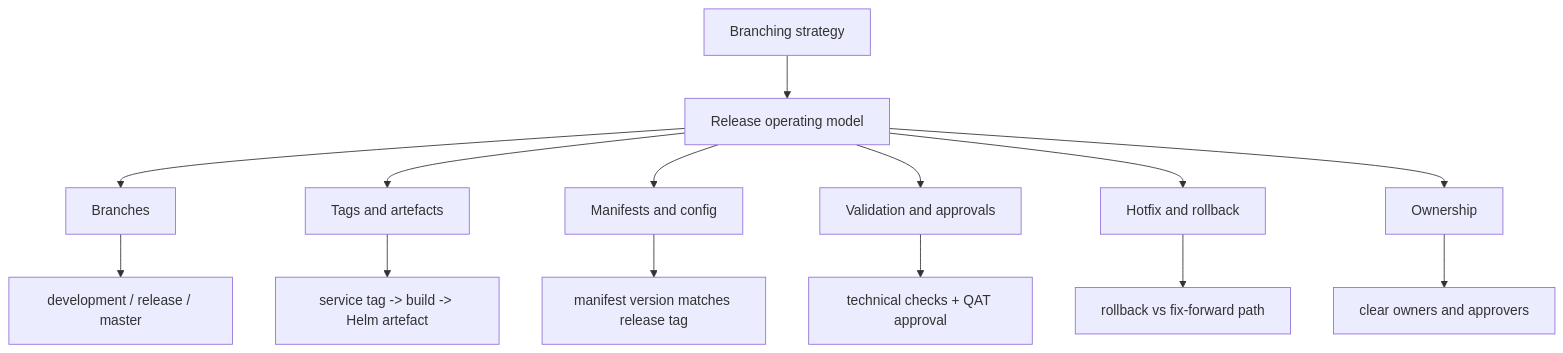
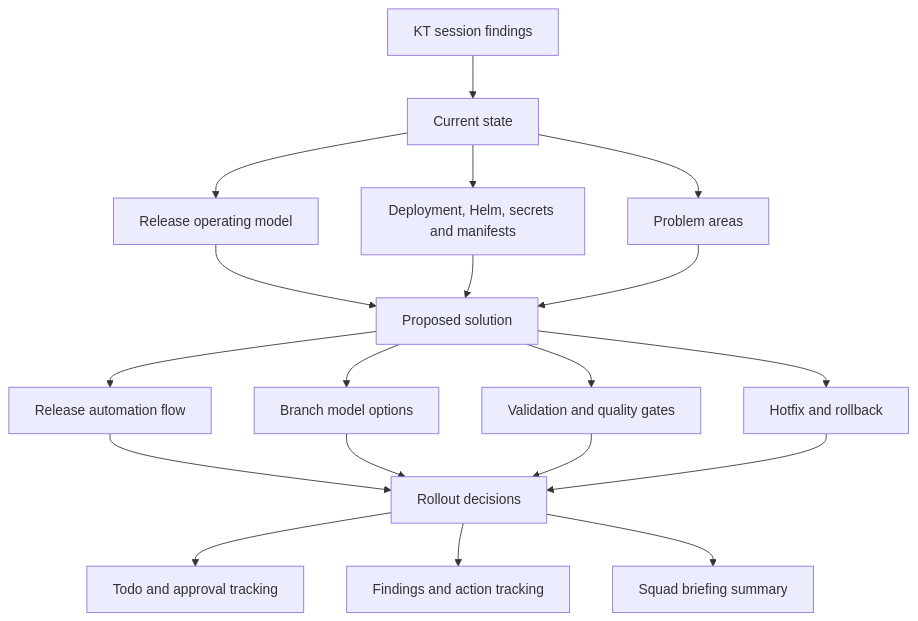
Before and after one commit to benanaktaspusulait/branching-strategy: the diagram in README.md, drawn with Mermaid. The commit also changed other lines of this file and 12 other files, not shown here.

Commit message:
"Remove outdated pre-meeting brief and process summary documents."

````diff
--- a/README.md
+++ b/README.md
@@ -22,17 +28,25 @@
 ```mermaid
 flowchart TD
-  A["Branching strategy"] --> B["Release operating model"]
-  B --> C["Branches"]
-  B --> D["Tags and artefacts"]
-  B --> E["Manifests and config"]
-  B --> F["Validation and approvals"]
-  B --> G["Hotfix and rollback"]
-  B --> H["Ownership"]
+  KT["KT session findings"] --> CURRENT["Current state"]
+  CURRENT --> FLOW["Release operating model"]
+  CURRENT --> TOOLING["Deployment, Helm, secrets and manifests"]
+  CURRENT --> PAIN["Problem areas"]
 
-  C --> C1["development / release / master"]
-  D --> D1["service tag -> build -> Helm artefact"]
-  E --> E1["manifest version matches release tag"]
-  F --> F1["technical checks + QAT approval"]
-  G --> G1["rollback vs fix-forward path"]
-  H --> H1["clear owners and approvers"]
+  FLOW --> PROPOSED["Proposed solution"]
+  TOOLING --> PROPOSED
+  PAIN --> PROPOSED
+
+  PROPOSED --> AUTO["Release automation flow"]
+  PROPOSED --> BRANCHES["Branch model options"]
+  PROPOSED --> VALIDATION["Validation and quality gates"]
+  PROPOSED --> HOTFIX["Hotfix and rollback"]
+
+  AUTO --> ROLLOUT["Rollout decisions"]
+  BRANCHES --> ROLLOUT
+  VALIDATION --> ROLLOUT
+  HOTFIX --> ROLLOUT
+
+  ROLLOUT --> TODO["Todo and approval tracking"]
+  ROLLOUT --> ACTIONS["Findings and action tracking"]
+  ROLLOUT --> BRIEF["Squad briefing summary"]
 ```
````
